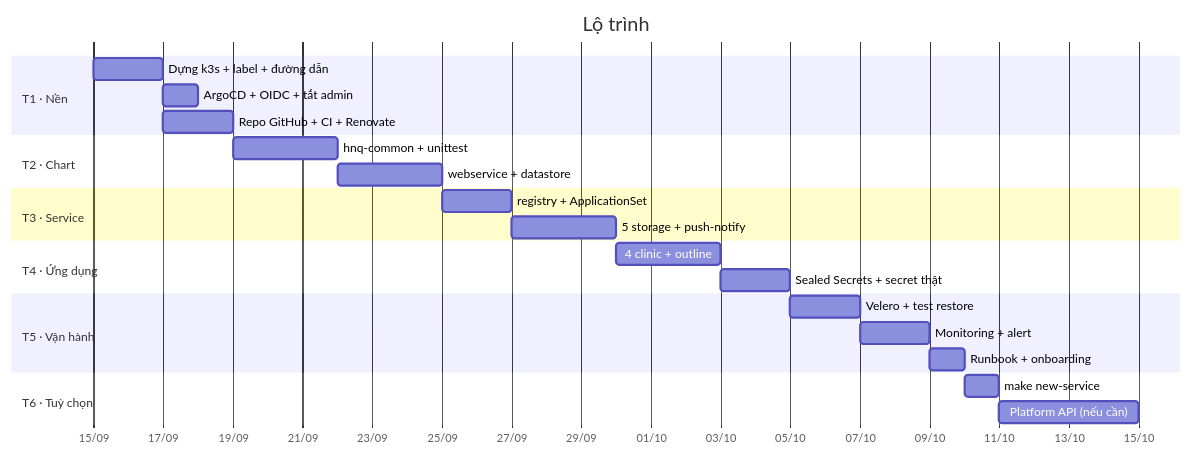
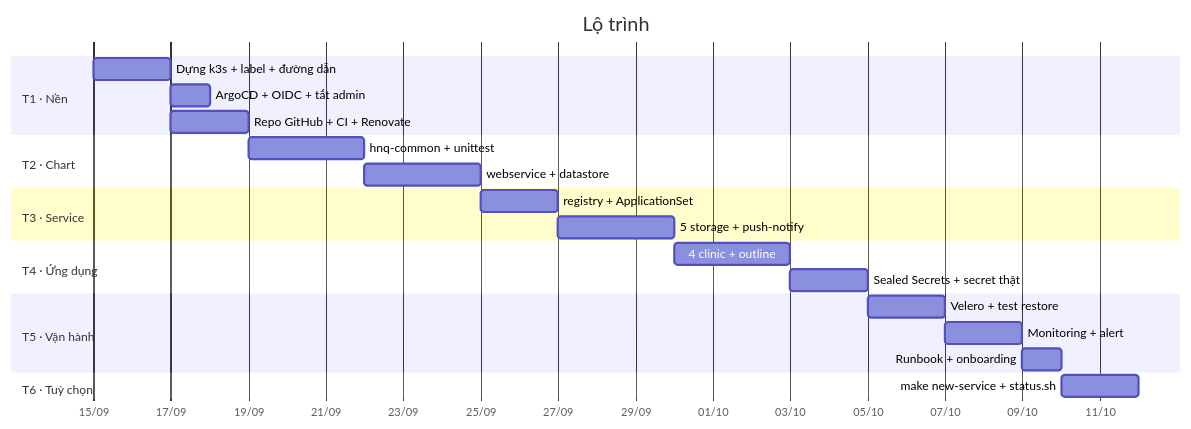
One commit to hunho247/HNQ-Infra changed the fourth of 4 diagrams in docs/REFACTOR_PLAN.md. Above: the diagram before and after it, drawn with Mermaid. The commit also changed other lines of this file and 4 other files, not shown here.

````diff
--- a/docs/REFACTOR_PLAN.md
+++ b/docs/REFACTOR_PLAN.md
@@ -893,32 +893,31 @@
 ```mermaid
 gantt
   title Lộ trình
   dateFormat YYYY-MM-DD
   axisFormat %d/%m
 
   section T1 · Nền
   Dựng k3s + label + đường dẫn   :a1, 2026-09-15, 2d
   ArgoCD + OIDC + tắt admin      :a2, after a1, 1d
   Repo GitHub + CI + Renovate    :a3, after a1, 2d
 
   section T2 · Chart
   hnq-common + unittest          :b1, after a3, 3d
   webservice + datastore         :b2, after b1, 3d
 
   section T3 · Service
   registry + ApplicationSet      :c1, after b2, 2d
   5 storage + push-notify        :c2, after c1, 3d
 
   section T4 · Ứng dụng
   4 clinic + outline             :d1, after c2, 3d
   Sealed Secrets + secret thật   :d2, after d1, 2d
 
   section T5 · Vận hành
   Velero + test restore          :e1, after d2, 2d
   Monitoring + alert             :e2, after e1, 2d
   Runbook + onboarding           :e3, after e2, 1d
 
   section T6 · Tuỳ chọn
-  make new-service               :f1, after e3, 1d
-  Platform API (nếu cần)         :f2, after f1, 4d
+  make new-service + status.sh   :f1, after e3, 2d
 ```
````
